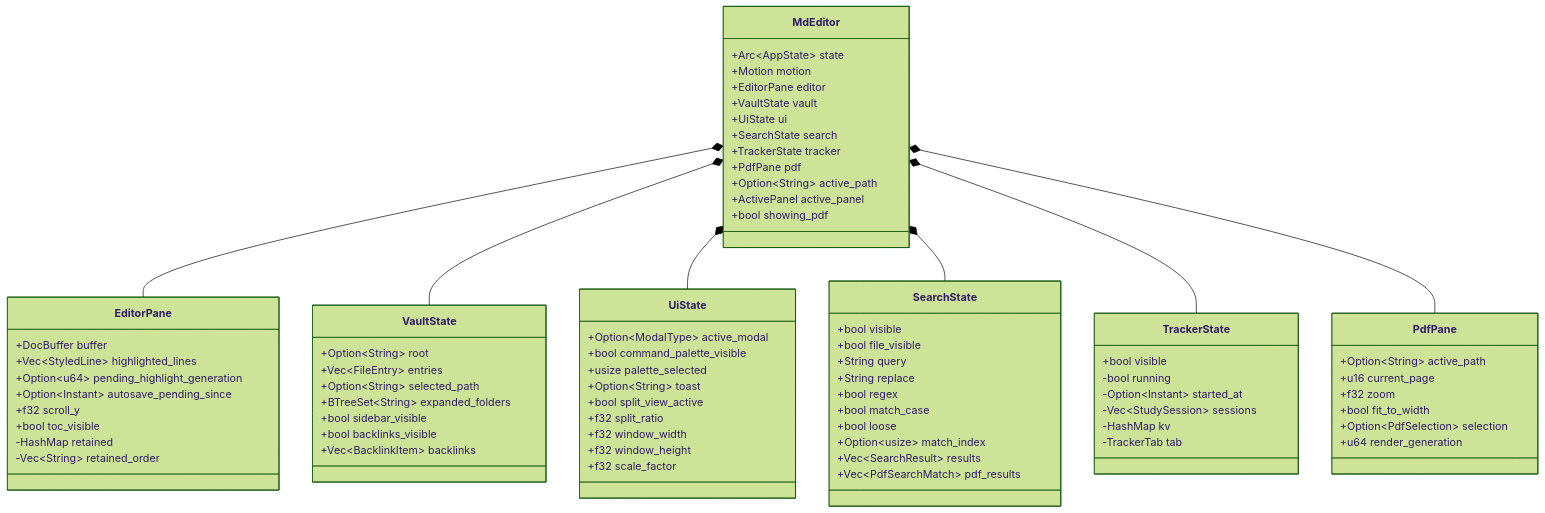
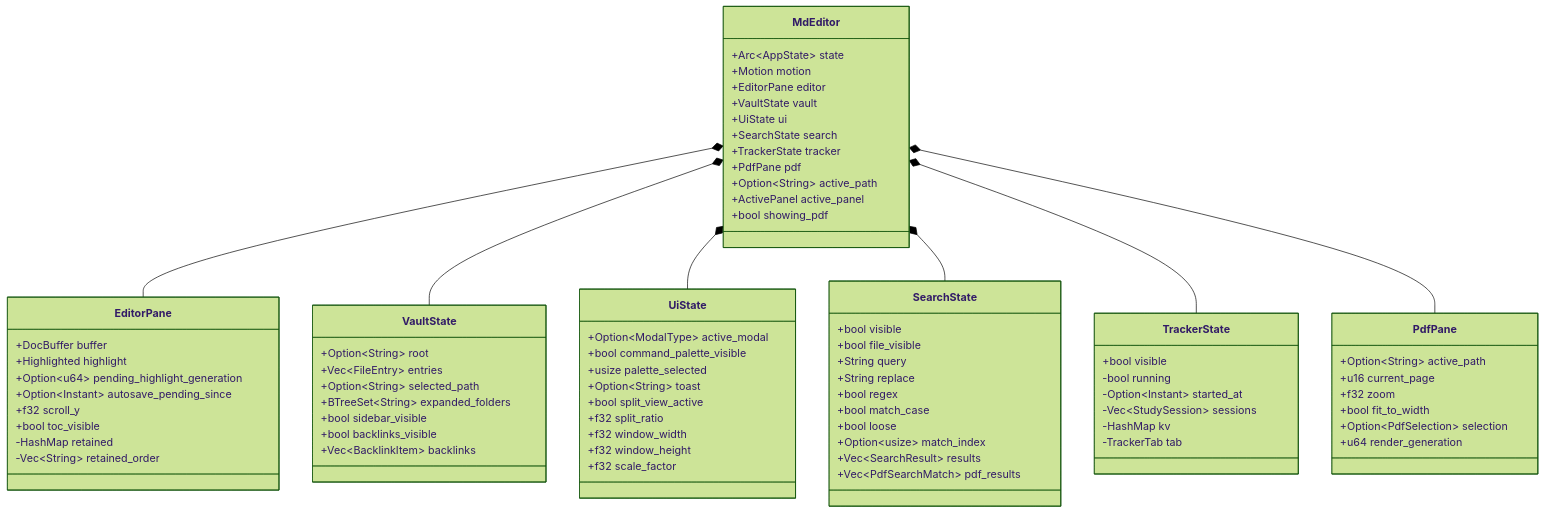
Before and after one commit to Suranjan77/md-editor: the second of 2 diagrams in wiki/Native-Desktop-GUI.md, drawn with Mermaid (forest theme). The commit also changed other lines of this file and 44 other files, not shown here.

````diff
--- a/wiki/Native-Desktop-GUI.md
+++ b/wiki/Native-Desktop-GUI.md
@@ -97,81 +97,81 @@
 ```mermaid
 classDiagram
     class MdEditor {
         +Arc~AppState~ state
         +Motion motion
         +EditorPane editor
         +VaultState vault
         +UiState ui
         +SearchState search
         +TrackerState tracker
         +PdfPane pdf
         +Option~String~ active_path
         +ActivePanel active_panel
         +bool showing_pdf
     }
     class EditorPane {
         +DocBuffer buffer
-        +Vec~StyledLine~ highlighted_lines
+        +Highlighted highlight
         +Option~u64~ pending_highlight_generation
         +Option~Instant~ autosave_pending_since
         +f32 scroll_y
         +bool toc_visible
         -HashMap retained
         -Vec~String~ retained_order
     }
     class VaultState {
         +Option~String~ root
         +Vec~FileEntry~ entries
         +Option~String~ selected_path
         +BTreeSet~String~ expanded_folders
         +bool sidebar_visible
         +bool backlinks_visible
         +Vec~BacklinkItem~ backlinks
     }
     class UiState {
         +Option~ModalType~ active_modal
         +bool command_palette_visible
         +usize palette_selected
         +Option~String~ toast
         +bool split_view_active
         +f32 split_ratio
         +f32 window_width
         +f32 window_height
         +f32 scale_factor
     }
     class SearchState {
         +bool visible
         +bool file_visible
         +String query
         +String replace
         +bool regex
         +bool match_case
         +bool loose
         +Option~usize~ match_index
         +Vec~SearchResult~ results
         +Vec~PdfSearchMatch~ pdf_results
     }
     class TrackerState {
         +bool visible
         -bool running
         -Option~Instant~ started_at
         -Vec~StudySession~ sessions
         -HashMap kv
         -TrackerTab tab
     }
     class PdfPane {
         +Option~String~ active_path
         +u16 current_page
         +f32 zoom
         +bool fit_to_width
         +Option~PdfSelection~ selection
         +u64 render_generation
     }
 
     MdEditor *-- EditorPane
     MdEditor *-- VaultState
     MdEditor *-- UiState
     MdEditor *-- SearchState
     MdEditor *-- TrackerState
     MdEditor *-- PdfPane
 ```
````
